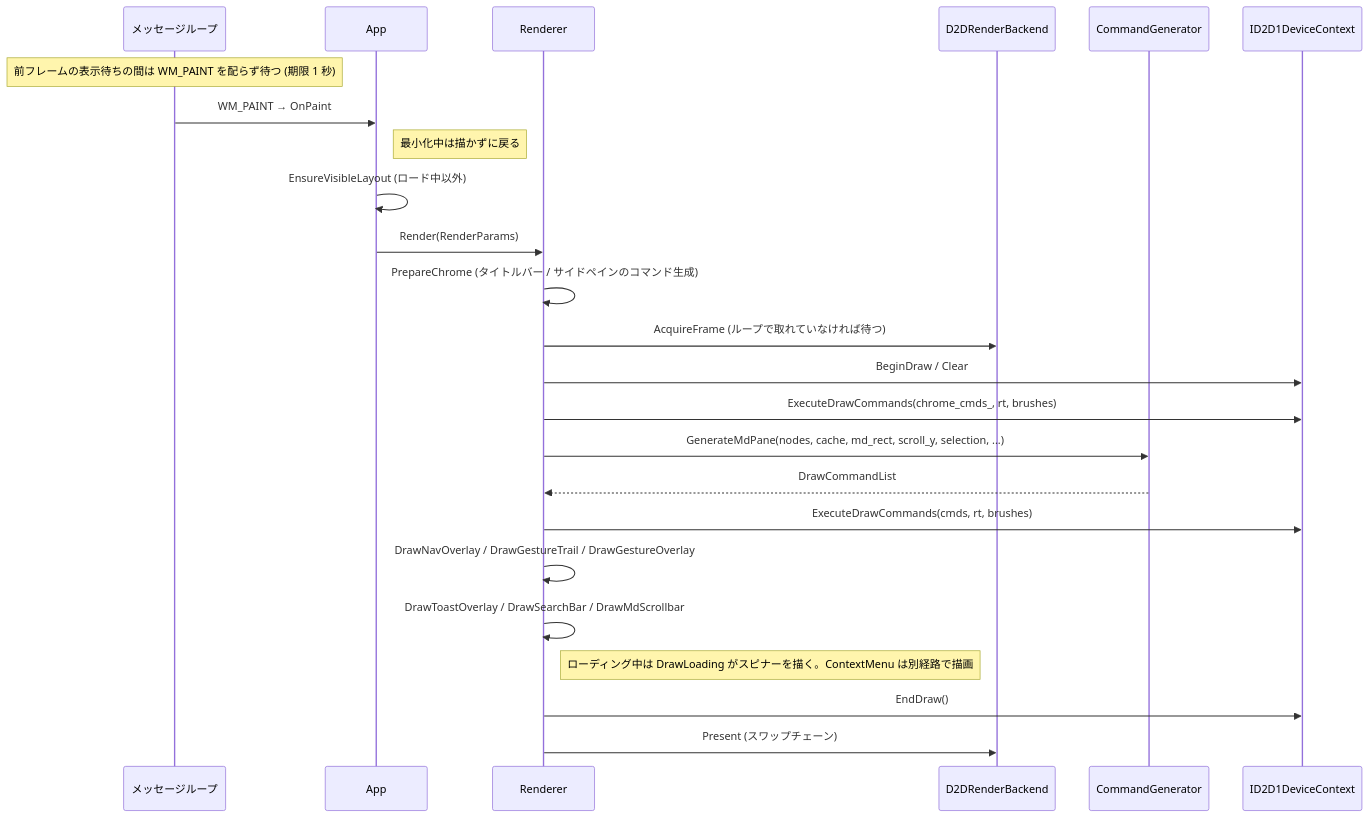
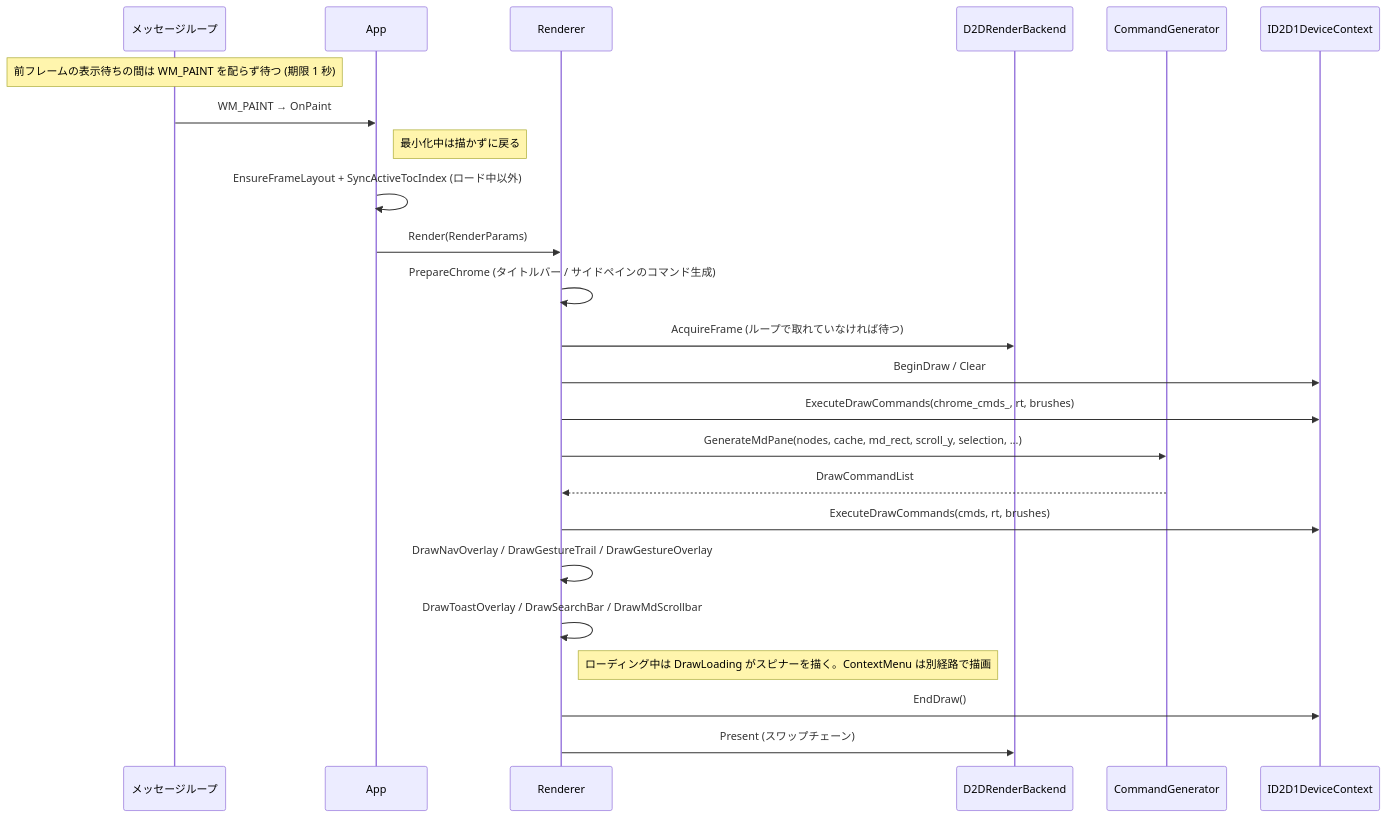
One commit to tanaton/mendo changed diagram 19 of 27 in example/test.md. Above: the diagram before and after it, drawn with Mermaid. The commit also changed other lines of this file and 48 other files, not shown here.

````diff
--- a/example/test.md
+++ b/example/test.md
@@ -3200,27 +3199,27 @@
 ```mermaid
 sequenceDiagram
     participant ML as メッセージループ
     participant APP as App
     participant R as Renderer
     participant BE as D2DRenderBackend
     participant CG as CommandGenerator
     participant RT as ID2D1DeviceContext
 
     Note over ML: 前フレームの表示待ちの間は WM_PAINT を配らず待つ (期限 1 秒)
     ML->>APP: WM_PAINT → OnPaint
     Note right of APP: 最小化中は描かずに戻る
-    APP->>APP: EnsureVisibleLayout (ロード中以外)
+    APP->>APP: EnsureFrameLayout + SyncActiveTocIndex (ロード中以外)
     APP->>R: Render(RenderParams)
     R->>R: PrepareChrome (タイトルバー / サイドペインのコマンド生成)
     R->>BE: AcquireFrame (ループで取れていなければ待つ)
     R->>RT: BeginDraw / Clear
     R->>RT: ExecuteDrawCommands(chrome_cmds_, rt, brushes)
     R->>CG: GenerateMdPane(nodes, cache, md_rect, scroll_y, selection, ...)
     CG-->>R: DrawCommandList
     R->>RT: ExecuteDrawCommands(cmds, rt, brushes)
     R->>R: DrawNavOverlay / DrawGestureTrail / DrawGestureOverlay
     R->>R: DrawToastOverlay / DrawSearchBar / DrawMdScrollbar
     Note right of R: ローディング中は DrawLoading がスピナーを描く。ContextMenu は別経路で描画
     R->>RT: EndDraw()
     R->>BE: Present (スワップチェーン)
 ```
````
